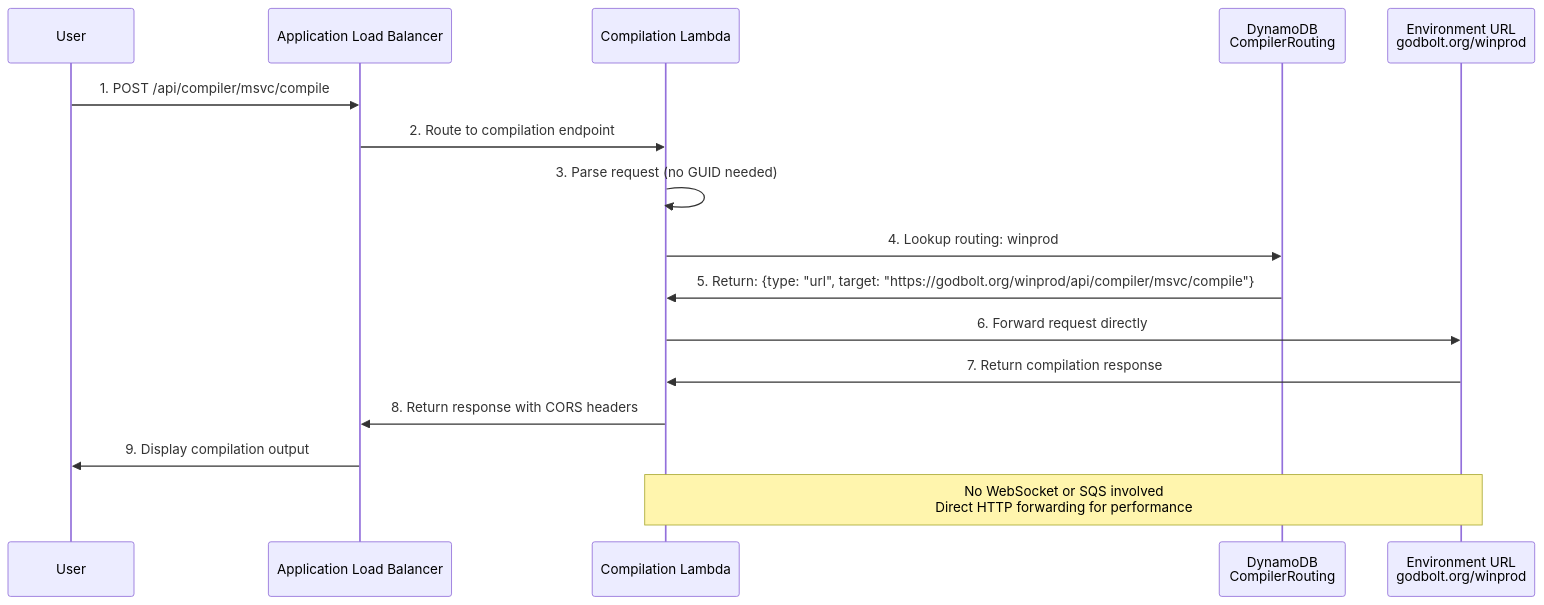
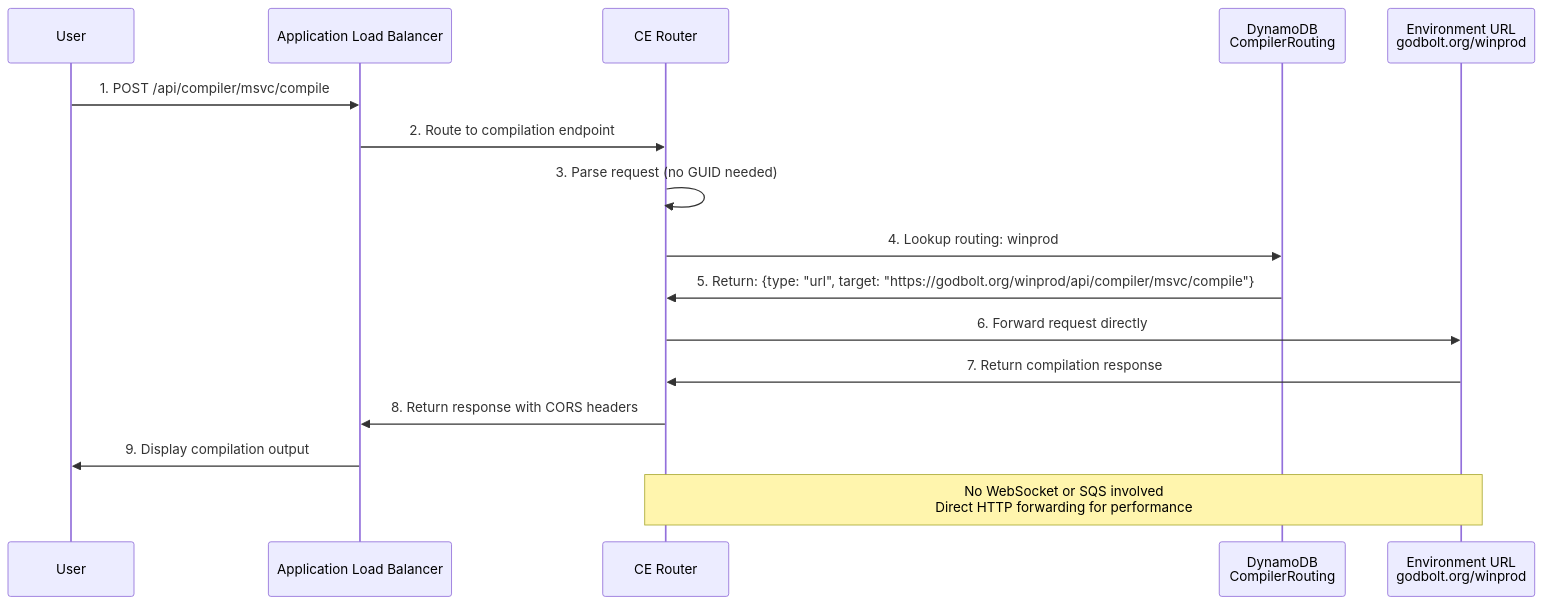
Before and after one commit to compiler-explorer/infra: the second of 4 diagrams in docs/lambda_compilation_workflow.md, drawn with Mermaid. The commit also changed other lines of this file and 6 other files, not shown here.

````diff
--- a/docs/lambda_compilation_workflow.md
+++ b/docs/lambda_compilation_workflow.md
@@ -48,20 +48,20 @@
 ```mermaid
 sequenceDiagram
     participant User
     participant ALB as Application Load Balancer
-    participant Lambda as Compilation Lambda
+    participant Router as CE Router
     participant DDB as DynamoDB<br/>CompilerRouting
     participant ENV as Environment URL<br/>godbolt.org/winprod
 
     User->>ALB: 1. POST /api/compiler/msvc/compile
-    ALB->>Lambda: 2. Route to compilation endpoint
-    Lambda->>Lambda: 3. Parse request (no GUID needed)
-    Lambda->>DDB: 4. Lookup routing: winprod#msvc
-    DDB->>Lambda: 5. Return: {type: "url", target: "https://godbolt.org/winprod/api/compiler/msvc/compile"}
-    Lambda->>ENV: 6. Forward request directly
-    ENV->>Lambda: 7. Return compilation response
-    Lambda->>ALB: 8. Return response with CORS headers
+    ALB->>Router: 2. Route to compilation endpoint
+    Router->>Router: 3. Parse request (no GUID needed)
+    Router->>DDB: 4. Lookup routing: winprod#msvc
+    DDB->>Router: 5. Return: {type: "url", target: "https://godbolt.org/winprod/api/compiler/msvc/compile"}
+    Router->>ENV: 6. Forward request directly
+    ENV->>Router: 7. Return compilation response
+    Router->>ALB: 8. Return response with CORS headers
     ALB->>User: 9. Display compilation output
 
-    Note over Lambda,ENV: No WebSocket or SQS involved<br/>Direct HTTP forwarding for performance
+    Note over Router,ENV: No WebSocket or SQS involved<br/>Direct HTTP forwarding for performance
 ```
````
